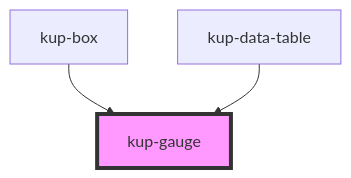
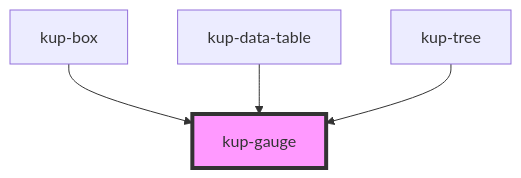
The diagram in packages/ketchup/src/components/kup-gauge/readme.md (smeup/ketchup), drawn with Mermaid before and after one commit. The commit also changed other lines of this file and 17 other files, not shown here.

Commit message:
kup-data-table renderCell mirrored in kup-tree

````diff
--- a/packages/ketchup/src/components/kup-gauge/readme.md
+++ b/packages/ketchup/src/components/kup-gauge/readme.md
@@ -122,6 +123,7 @@
 ```mermaid
 graph TD;
   kup-box --> kup-gauge
   kup-data-table --> kup-gauge
+  kup-tree --> kup-gauge
   style kup-gauge fill:#f9f,stroke:#333,stroke-width:4px
 ```
````
